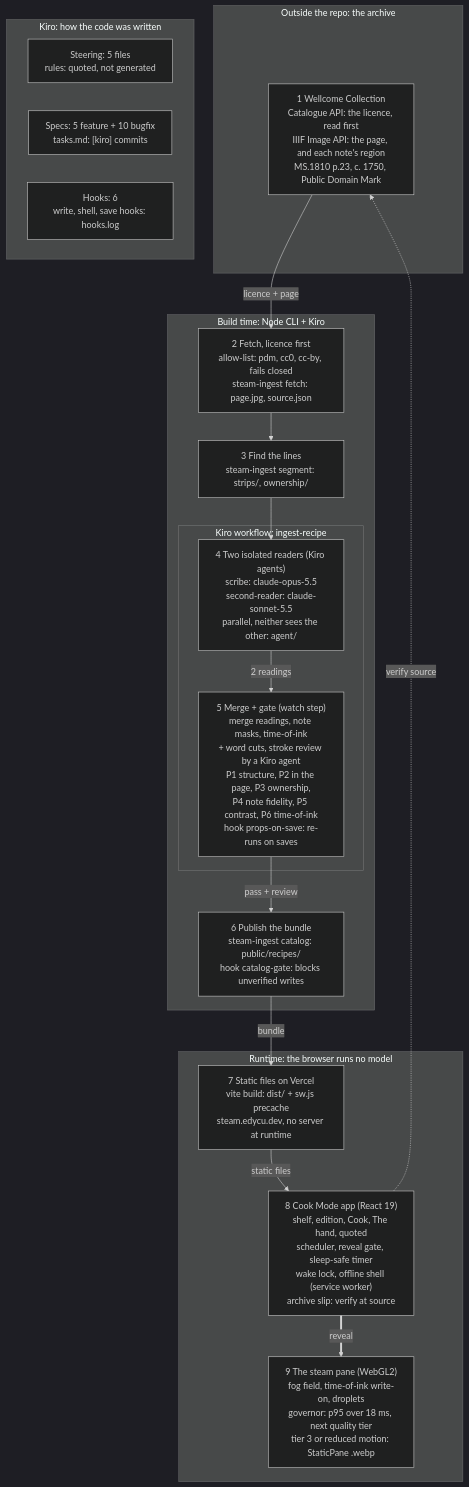
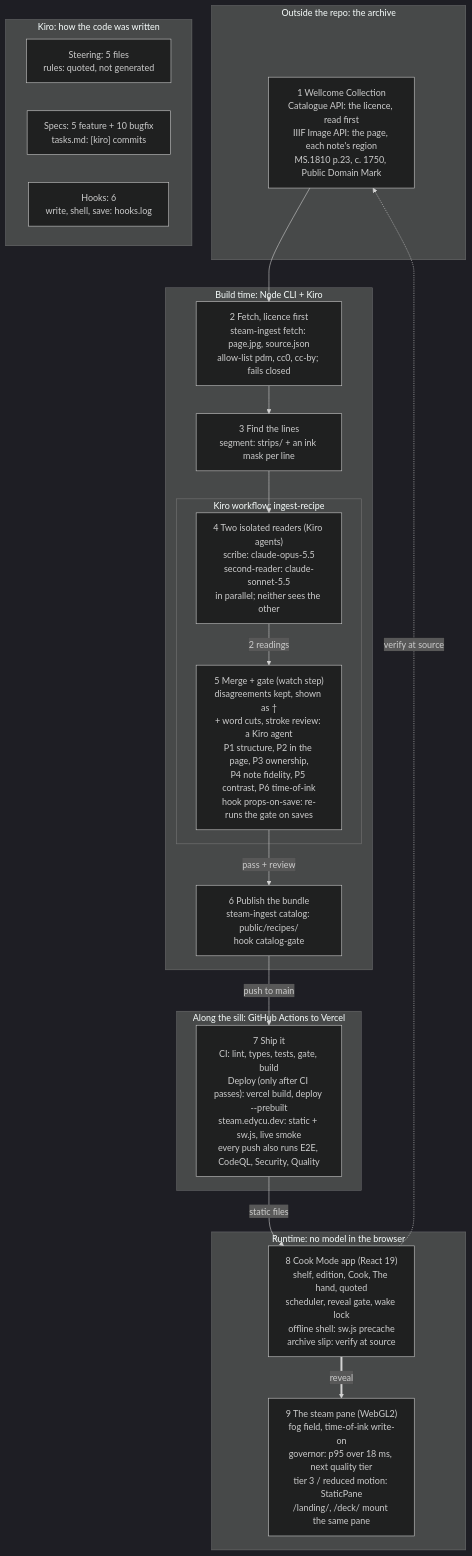
The diagram in ARCHITECTURE.md (edycutjong/steam), drawn with Mermaid (dark theme) before and after one commit. The commit also changed other lines of this file and 2 other files, not shown here.

Commit message:
[claude-direct] Architecture diagram v2: drawn at the README's 880 px, shipping on the sill, the loop closed at the archive
- 880 px viewBox rendered at 2x (1760x2584), so every label is >= 12 px at README width (v1: 9.6-10.6 px)
- new box 7 'Ship it' on the sill: CI must pass before Deploy (vercel build -> deploy --prebuilt -> live smoke);
  E2E, CodeQL, Security and Quality on every push
- reading order down the build pane, along the sill, up the runtime pane; the dashed verify-at-source link
  returns to the archive the ink came from
- runtime pane glass wiped clear above a beaded fog line; the steam pane keeps the renderer's own held frame
- ARCHITECTURE.md: Mermaid and the box-to-files table follow (box 7 = the workflows, live-smoke, vite plugins)
oxipng -o max --strip safe, pixel-identical to the render.

````diff
--- a/ARCHITECTURE.md
+++ b/ARCHITECTURE.md
@@ -9,34 +9,36 @@
 ```mermaid
 flowchart TB
   subgraph archive["Outside the repo: the archive"]
-    W["1 Wellcome Collection<br/>Catalogue API: the licence, read first<br/>IIIF Image API: the page, and each note's region<br/>MS.1810 p.23, c. 1750, Public Domain Mark"]
+    W["1 Wellcome Collection<br/>Catalogue API: the licence, read first<br/>IIIF Image API: the page, each note's region<br/>MS.1810 p.23, c. 1750, Public Domain Mark"]
   end
   subgraph build["Build time: Node CLI + Kiro"]
-    F["2 Fetch, licence first<br/>allow-list: pdm, cc0, cc-by, fails closed<br/>steam-ingest fetch: page.jpg, source.json"]
-    S["3 Find the lines<br/>steam-ingest segment: strips/, ownership/"]
+    F["2 Fetch, licence first<br/>steam-ingest fetch: page.jpg, source.json<br/>allow-list pdm, cc0, cc-by; fails closed"]
+    S["3 Find the lines<br/>segment: strips/ + an ink mask per line"]
     subgraph wf["Kiro workflow: ingest-recipe"]
-      R["4 Two isolated readers (Kiro agents)<br/>scribe: claude-opus-5.5<br/>second-reader: claude-sonnet-5.5<br/>parallel, neither sees the other: agent/"]
-      G["5 Merge + gate (watch step)<br/>merge readings, note masks, time-of-ink<br/>+ word cuts, stroke review by a Kiro agent<br/>P1 structure, P2 in the page, P3 ownership,<br/>P4 note fidelity, P5 contrast, P6 time-of-ink<br/>hook props-on-save: re-runs on saves"]
+      R["4 Two isolated readers (Kiro agents)<br/>scribe: claude-opus-5.5<br/>second-reader: claude-sonnet-5.5<br/>in parallel; neither sees the other"]
+      G["5 Merge + gate (watch step)<br/>disagreements kept, shown as †<br/>+ word cuts, stroke review: a Kiro agent<br/>P1 structure, P2 in the page, P3 ownership,<br/>P4 note fidelity, P5 contrast, P6 time-of-ink<br/>hook props-on-save: re-runs the gate on saves"]
     end
-    C["6 Publish the bundle<br/>steam-ingest catalog: public/recipes/<br/>hook catalog-gate: blocks unverified writes"]
+    C["6 Publish the bundle<br/>steam-ingest catalog: public/recipes/<br/>hook catalog-gate"]
   end
-  subgraph runtime["Runtime: the browser runs no model"]
-    V["7 Static files on Vercel<br/>vite build: dist/ + sw.js precache<br/>steam.edycu.dev, no server at runtime"]
-    A["8 Cook Mode app (React 19)<br/>shelf, edition, Cook, The hand, quoted<br/>scheduler, reveal gate, sleep-safe timer<br/>wake lock, offline shell (service worker)<br/>archive slip: verify at source"]
-    P["9 The steam pane (WebGL2)<br/>fog field, time-of-ink write-on, droplets<br/>governor: p95 over 18 ms, next quality tier<br/>tier 3 or reduced motion: StaticPane .webp"]
+  subgraph ship["Along the sill: GitHub Actions to Vercel"]
+    D["7 Ship it<br/>CI: lint, types, tests, gate, build<br/>Deploy (only after CI passes): vercel build, deploy --prebuilt<br/>steam.edycu.dev: static + sw.js, live smoke<br/>every push also runs E2E, CodeQL, Security, Quality"]
   end
-  subgraph sill["Kiro: how the code was written"]
+  subgraph runtime["Runtime: no model in the browser"]
+    A["8 Cook Mode app (React 19)<br/>shelf, edition, Cook, The hand, quoted<br/>scheduler, reveal gate, wake lock<br/>offline shell: sw.js precache<br/>archive slip: verify at source"]
+    P["9 The steam pane (WebGL2)<br/>fog field, time-of-ink write-on<br/>governor: p95 over 18 ms, next quality tier<br/>tier 3 / reduced motion: StaticPane<br/>/landing/, /deck/ mount the same pane"]
+  end
+  subgraph kiro["Kiro: how the code was written"]
     K1["Steering: 5 files<br/>rules: quoted, not generated"]
     K2["Specs: 5 feature + 10 bugfix<br/>tasks.md: [kiro] commits"]
-    K3["Hooks: 6<br/>write, shell, save hooks: hooks.log"]
+    K3["Hooks: 6<br/>write, shell, save: hooks.log"]
   end
-  W -->|licence + page| F
+  W --> F
   F --> S
   S --> R
   R -->|2 readings| G
   G -->|pass + review| C
-  C -->|bundle| V
-  V -->|static files| A
+  C -->|push to main| D
+  D -->|static files| A
   A ==>|reveal| P
-  A -.->|verify source| W
+  A -.->|verify at source| W
 ```
````
